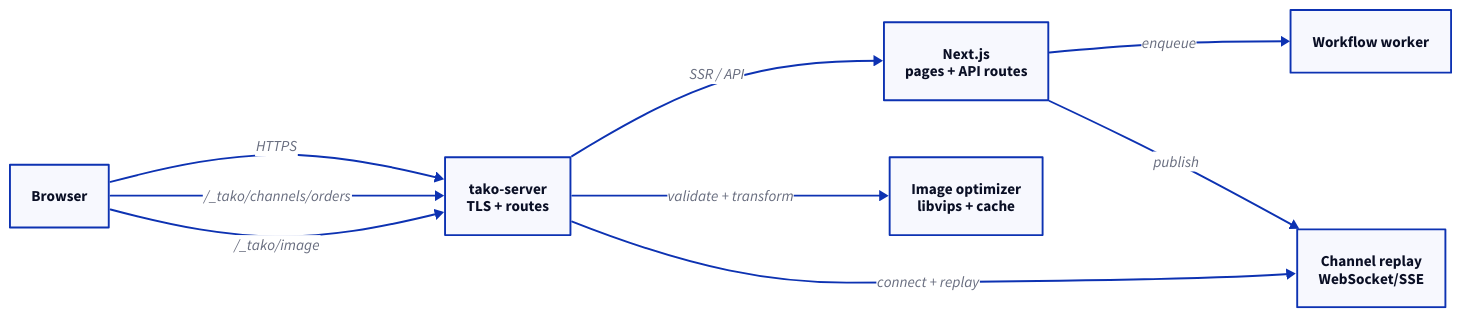
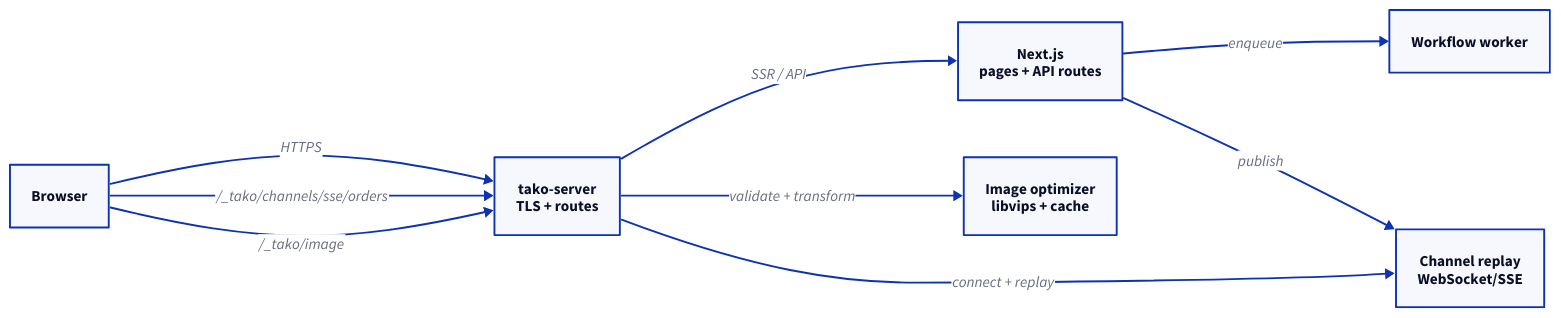
One commit to tako-sh/tako changed the diagram in website/src/content/blog/full-stack-nextjs-app-one-5-vps-https-jobs-websockets-images.md. Above: the diagram before and after it, drawn with D2. The commit also changed other lines of this file and 53 other files, not shown here.

````diff
--- a/website/src/content/blog/full-stack-nextjs-app-one-5-vps-https-jobs-websockets-images.md
+++ b/website/src/content/blog/full-stack-nextjs-app-one-5-vps-https-jobs-websockets-images.md
@@ -152,19 +152,19 @@
 ```d2
 direction: right
 
 browser: "Browser"
 proxy: "tako-server\nTLS + routes"
 next: "Next.js\npages + API routes"
 jobs: "Workflow worker"
 channels: "Channel replay\nWebSocket/SSE"
 images: "Image optimizer\nlibvips + cache"
 
 browser -> proxy: "HTTPS"
 proxy -> next: "SSR / API"
 next -> jobs: "enqueue"
 next -> channels: "publish"
-browser -> proxy: "/_tako/channels/orders"
+browser -> proxy: "/_tako/channels/sse/orders"
 browser -> proxy: "/_tako/image"
 proxy -> channels: "connect + replay"
 proxy -> images: "validate + transform"
 ```
````
